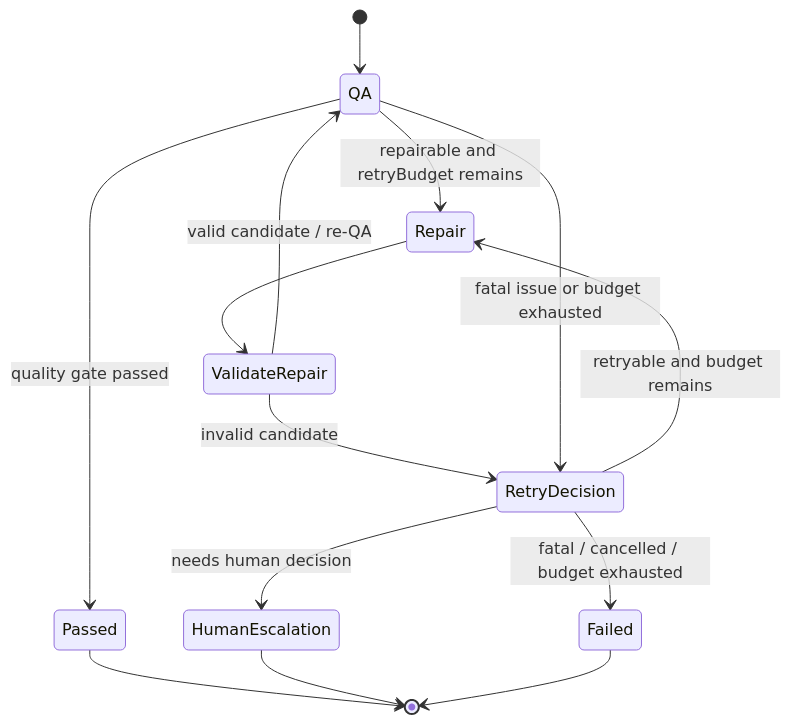
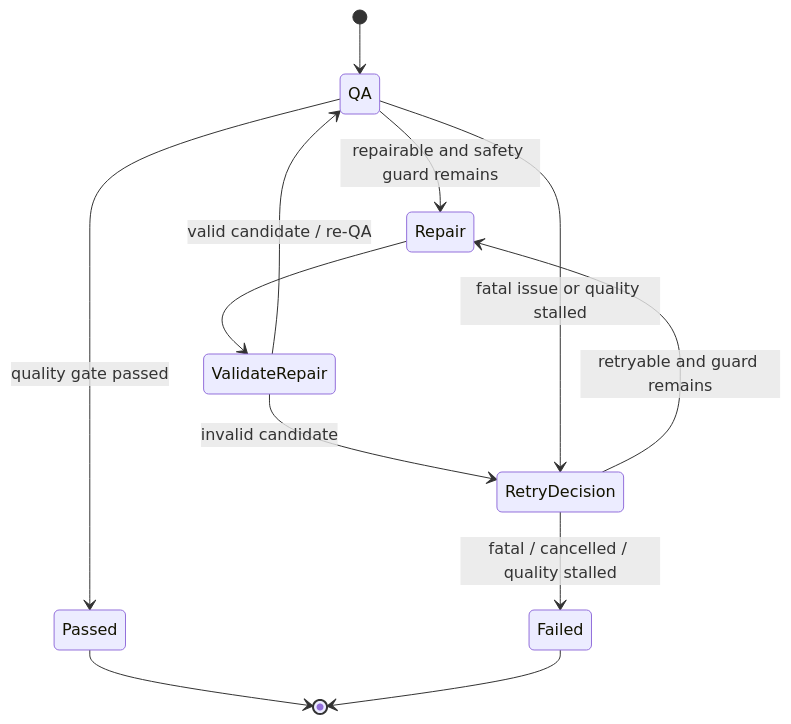
One commit to dxj-fe/ai-course-generator changed the second of 3 diagrams in docs/architecture/multi-agent-flow.md. Above: the diagram before and after it, drawn with Mermaid. The commit also changed other lines of this file and 14 other files, not shown here.

````diff
--- a/docs/architecture/multi-agent-flow.md
+++ b/docs/architecture/multi-agent-flow.md
@@ -186,16 +183,14 @@
 ```mermaid
 stateDiagram-v2
   [*] --> QA
   QA --> Passed: quality gate passed
-  QA --> Repair: repairable and retryBudget remains
+  QA --> Repair: repairable and safety guard remains
   Repair --> ValidateRepair
   ValidateRepair --> QA: valid candidate / re-QA
   ValidateRepair --> RetryDecision: invalid candidate
-  QA --> RetryDecision: fatal issue or budget exhausted
-  RetryDecision --> Repair: retryable and budget remains
-  RetryDecision --> HumanEscalation: needs human decision
-  RetryDecision --> Failed: fatal / cancelled / budget exhausted
+  QA --> RetryDecision: fatal issue or quality stalled
+  RetryDecision --> Repair: retryable and guard remains
+  RetryDecision --> Failed: fatal / cancelled / quality stalled
   Passed --> [*]
-  HumanEscalation --> [*]
   Failed --> [*]
 ```
````
